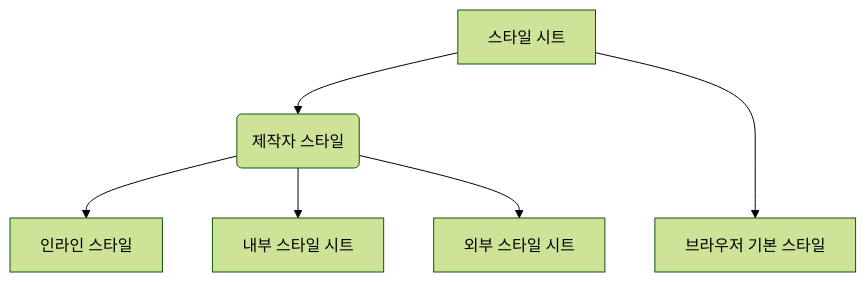
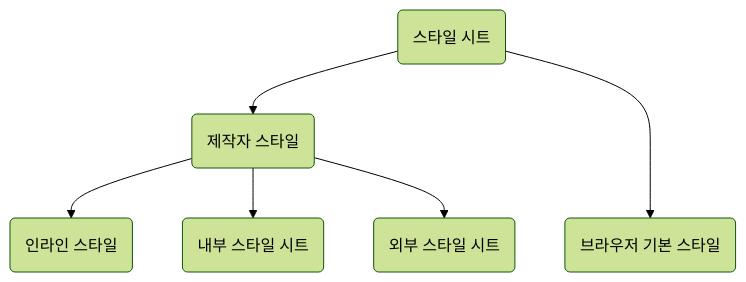
One commit to Vorschlag-bit/blog changed the diagram in posts/style_sheet.md. Above: the diagram before and after it, drawn with Mermaid (forest theme). The commit also changed other lines of this file and 3 other files, not shown here.

```diff
--- a/posts/style_sheet.md
+++ b/posts/style_sheet.md
@@ -34,8 +34,8 @@
 <div class="mermaid">
     flowchart TD
-        A[스타일 시트] --> B(제작자 스타일)
-        A ---> K[브라우저 기본 스타일]
-        B -->D[인라인 스타일]
-        B -->E[내부 스타일 시트]
-        B -->F[외부 스타일 시트]
+        A(스타일 시트) --> B(제작자 스타일)
+        A ---> K(브라우저 기본 스타일)
+        B -->D(인라인 스타일)
+        B -->E(내부 스타일 시트)
+        B -->F(외부 스타일 시트)
 </div>
```
